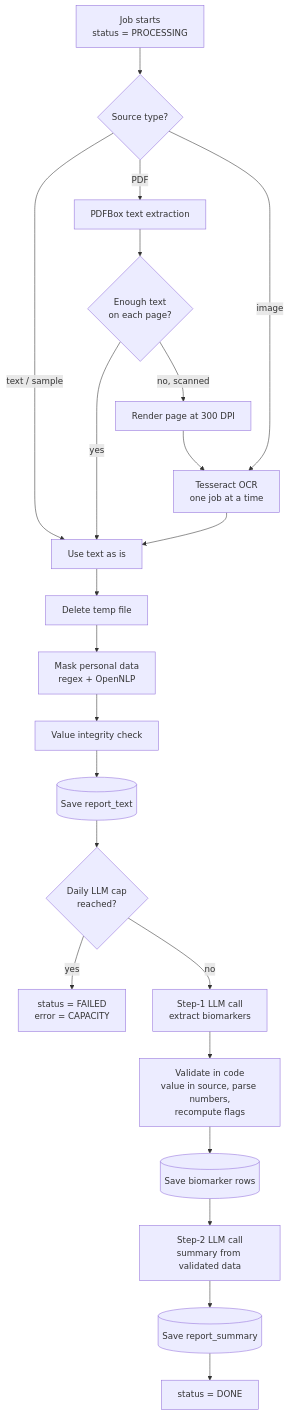
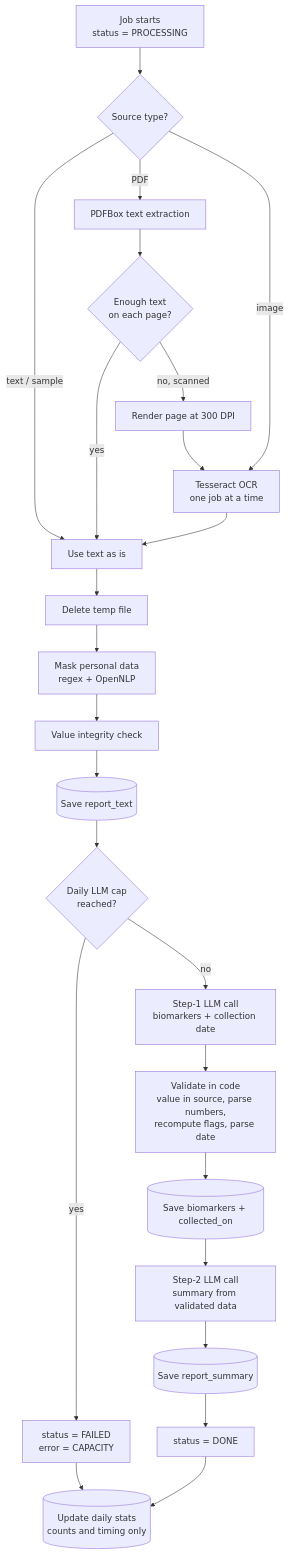
One commit to SaqibCod/medi-scan changed the tenth of 20 diagrams in docs/medi-scan-dataflow.md. Above: the diagram before and after it, drawn with Mermaid. The commit also changed other lines of this file and 4 other files, not shown here.

````diff
--- a/docs/medi-scan-dataflow.md
+++ b/docs/medi-scan-dataflow.md
@@ -116,23 +376,25 @@
 ```mermaid
 flowchart TD
     S["Job starts<br/>status = PROCESSING"] --> T{"Source type?"}
     T -->|"text / sample"| RT["Use text as is"]
     T -->|"PDF"| PDF["PDFBox text extraction"]
     T -->|"image"| OCR["Tesseract OCR<br/>one job at a time"]
     PDF --> CHK{"Enough text<br/>on each page?"}
     CHK -->|"yes"| RT
     CHK -->|"no, scanned"| RENDER["Render page at 300 DPI"] --> OCR
     OCR --> RT
     RT --> DEL["Delete temp file"]
     DEL --> MASK["Mask personal data<br/>regex + OpenNLP"]
     MASK --> INT["Value integrity check"]
     INT --> SAVE1[("Save report_text")]
     SAVE1 --> CAP{"Daily LLM cap<br/>reached?"}
     CAP -->|"yes"| FAIL["status = FAILED<br/>error = CAPACITY"]
-    CAP -->|"no"| L1["Step-1 LLM call<br/>extract biomarkers"]
-    L1 --> V["Validate in code<br/>value in source, parse numbers,<br/>recompute flags"]
-    V --> SAVE2[("Save biomarker rows")]
+    CAP -->|"no"| L1["Step-1 LLM call<br/>biomarkers + collection date"]
+    L1 --> V["Validate in code<br/>value in source, parse numbers,<br/>recompute flags, parse date"]
+    V --> SAVE2[("Save biomarkers + collected_on")]
     SAVE2 --> L2["Step-2 LLM call<br/>summary from validated data"]
     L2 --> SAVE3[("Save report_summary")]
     SAVE3 --> DONE["status = DONE"]
+    DONE --> STATS[("Update daily stats<br/>counts and timing only")]
+    FAIL --> STATS
 ```
````
